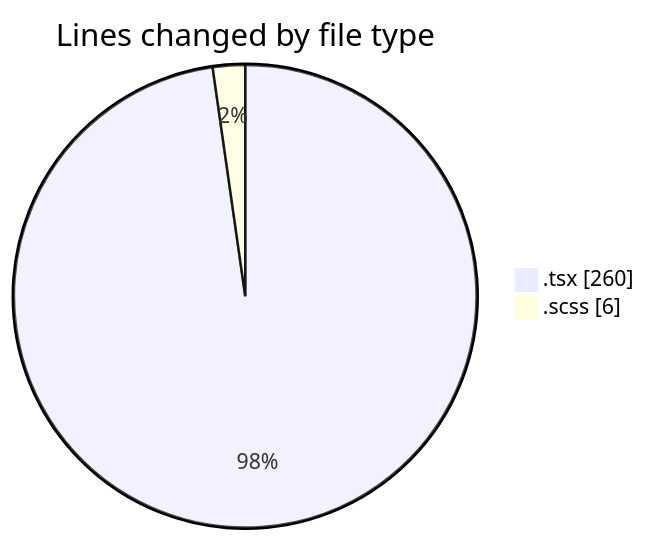
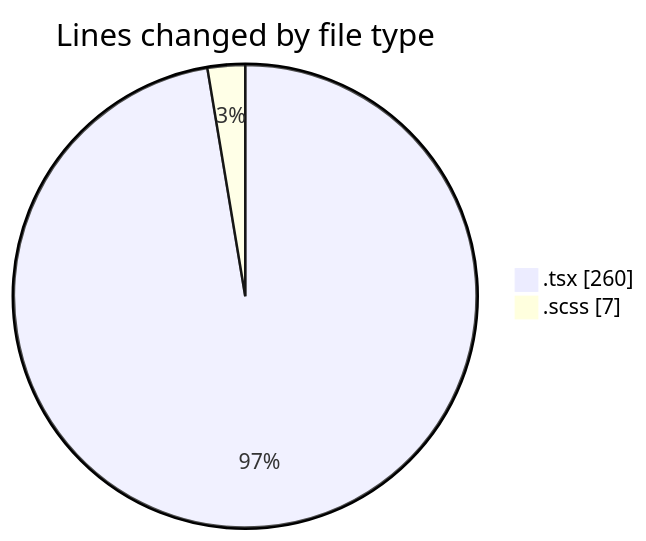
The first of 2 diagrams in 2026-04-10/cda/README.md (momahboobian/code-tracking), drawn with Mermaid before and after one commit. The commit also changed other lines of this file and 1 other file, not shown here.

````diff
--- a/2026-04-10/cda/README.md
+++ b/2026-04-10/cda/README.md
@@ -22,6 +22,6 @@
 ```mermaid
 pie showData
 title Lines changed by file type
 ".tsx" : 260
-".scss" : 6
+".scss" : 7
 ```
````
